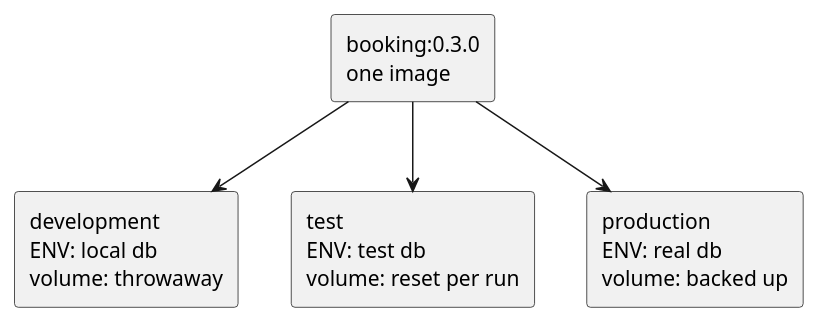
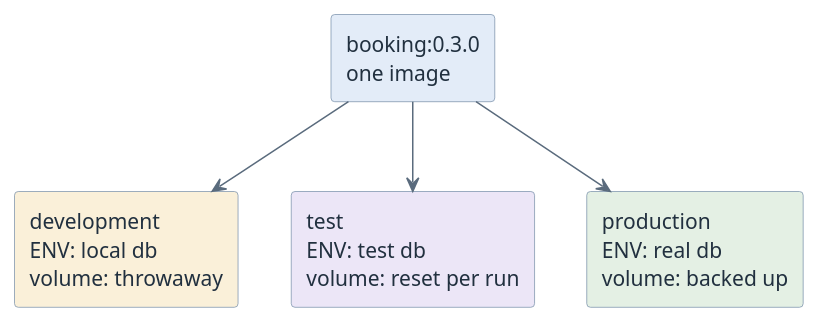
The diagram in modules/docker-volumes-config/index.adoc (htl-leonding-college/curriculum-syp3), drawn with PlantUML before and after one commit. The commit also changed 65 other files, not shown here.

First line of the commit message:
feat(site): give the diagrams a semantic pastel palette

```diff
--- a/modules/docker-volumes-config/index.adoc
+++ b/modules/docker-volumes-config/index.adoc
@@ -30,18 +30,19 @@
 [plantuml,one-image-many-environments,svg]
 ----
 @startuml
-skinparam monochrome true
+<style>
+element { BackgroundColor #EDF3FA; LineColor #7C93AD; FontColor #21303F }
+arrow { LineColor #5A6B7D; FontColor #21303F }
+</style>
 skinparam shadowing false
 skinparam defaultFontName Helvetica
 
-rectangle "booking:0.3.0\none image" as I
-
-rectangle "development\nENV: local db\nvolume: throwaway" as D
-rectangle "test\nENV: test db\nvolume: reset per run" as T
-rectangle "production\nENV: real db\nvolume: backed up" as P
-
+rectangle "booking:0.3.0\none image" as I #E3ECF8
+rectangle "development\nENV: local db\nvolume: throwaway" as D #FAF0D9
+rectangle "test\nENV: test db\nvolume: reset per run" as T #ECE6F7
+rectangle "production\nENV: real db\nvolume: backed up" as P #E4F0E4
 I -down-> D
 I -down-> T
 I -down-> P
 @enduml
 ----
```
